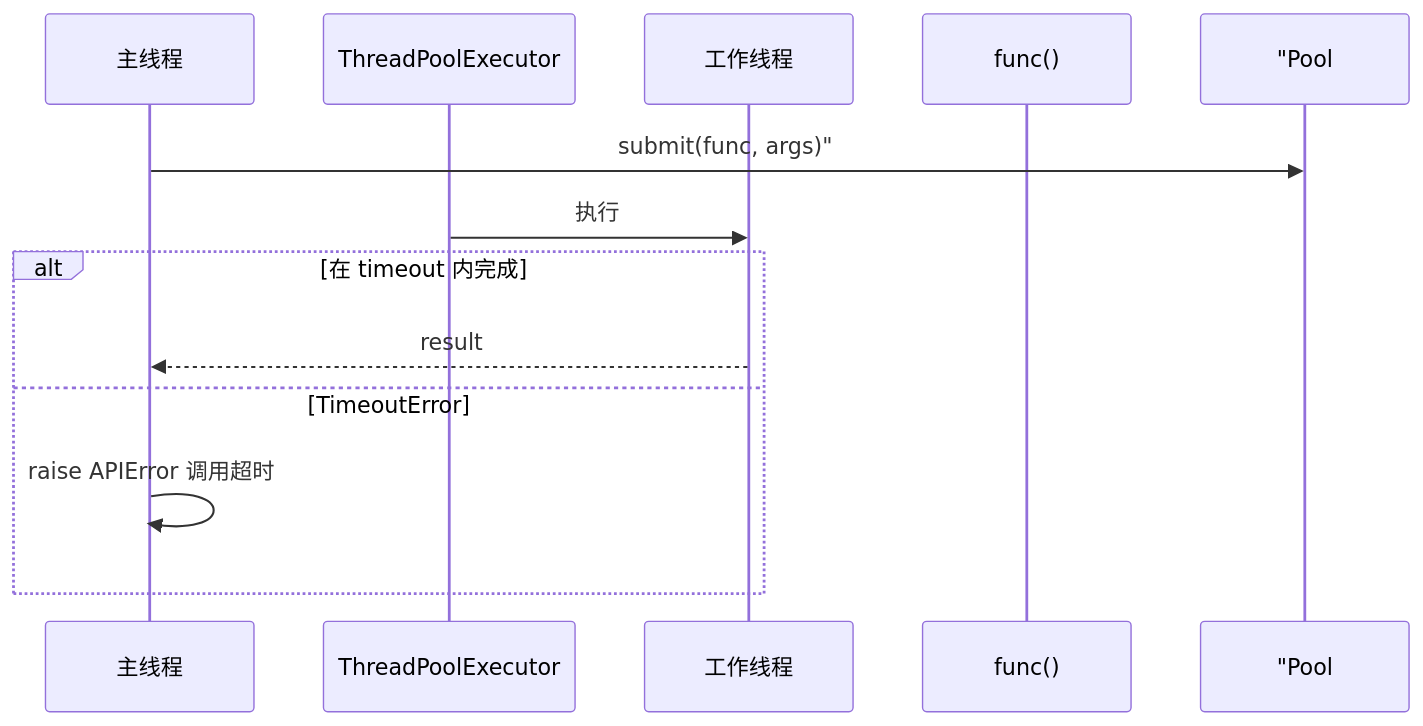
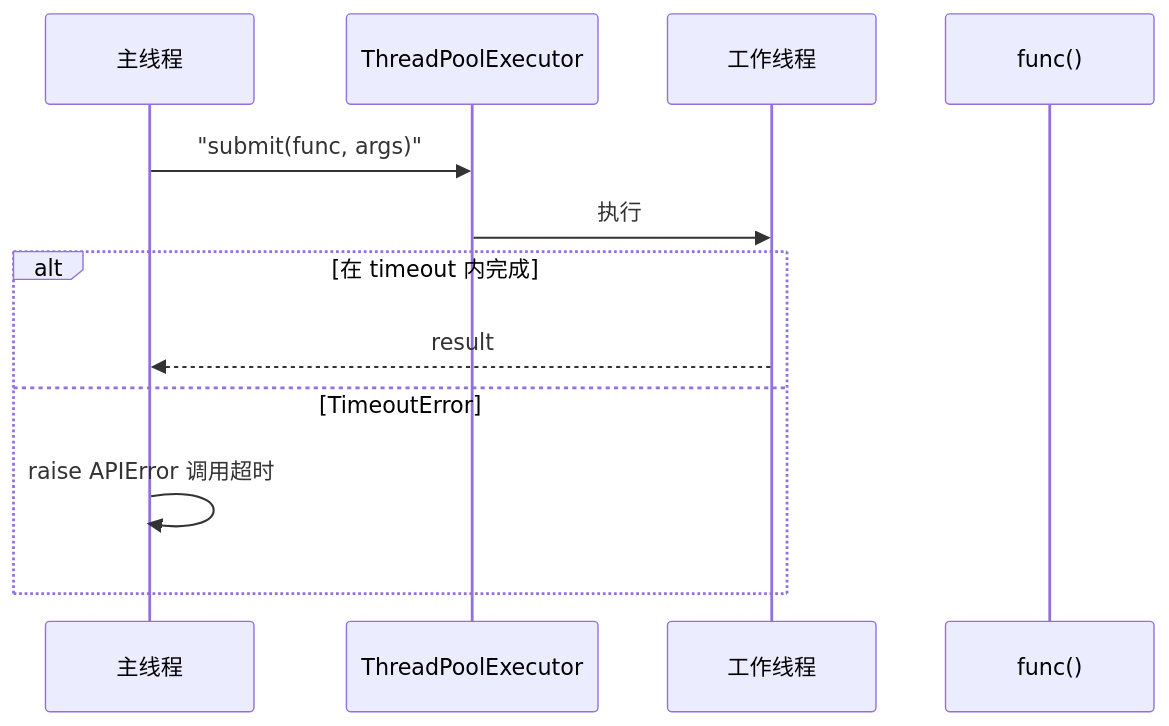
Before and after one commit to ab6539763/70_days_course_plus: the second of 5 diagrams in course/day13/04_流程图与示意图.md, drawn with Mermaid. The commit also changed 80 other files, not shown here.

First line of the commit message:
fix(course): 修复 Mermaid 图表渲染报错 + 同步嵌入代码快照

````diff
--- a/course/day13/04_流程图与示意图.md
+++ b/course/day13/04_流程图与示意图.md
@@ -38,15 +38,15 @@
 ```mermaid
 sequenceDiagram
     participant Main as 主线程
     participant Pool as ThreadPoolExecutor
     participant Worker as 工作线程
     participant Func as func()
 
-    Main->> "Pool: submit(func, args)"
+    Main->>Pool: "submit(func, args)"
     Pool->>Worker: 执行
     alt 在 timeout 内完成
         Worker-->>Main: result
     else TimeoutError
         Main->>Main: raise APIError 调用超时
     end
 ```
````
